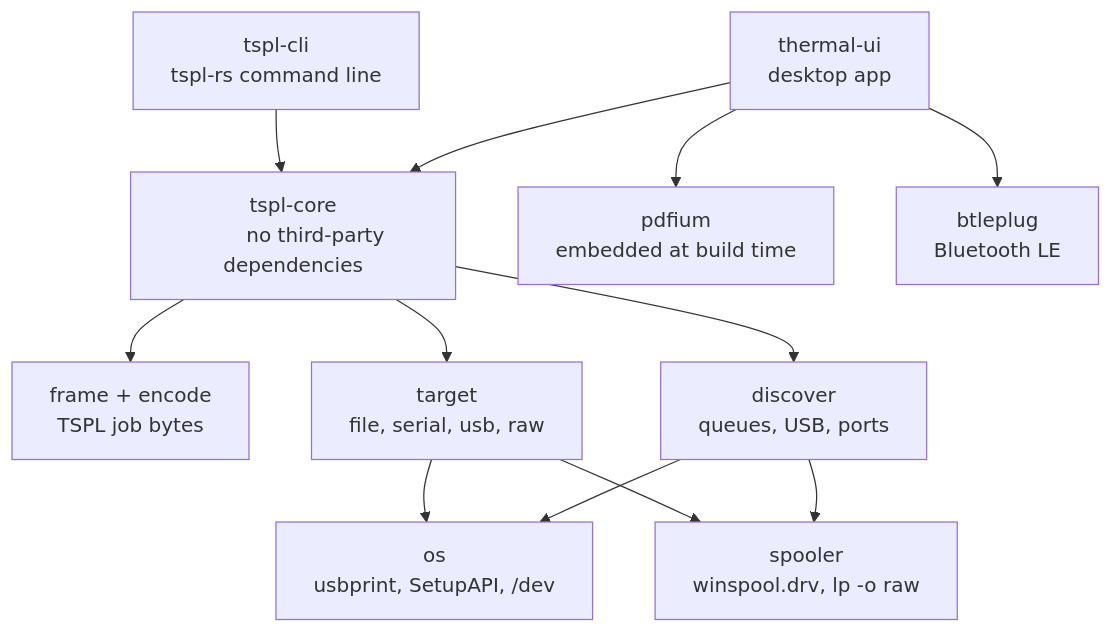
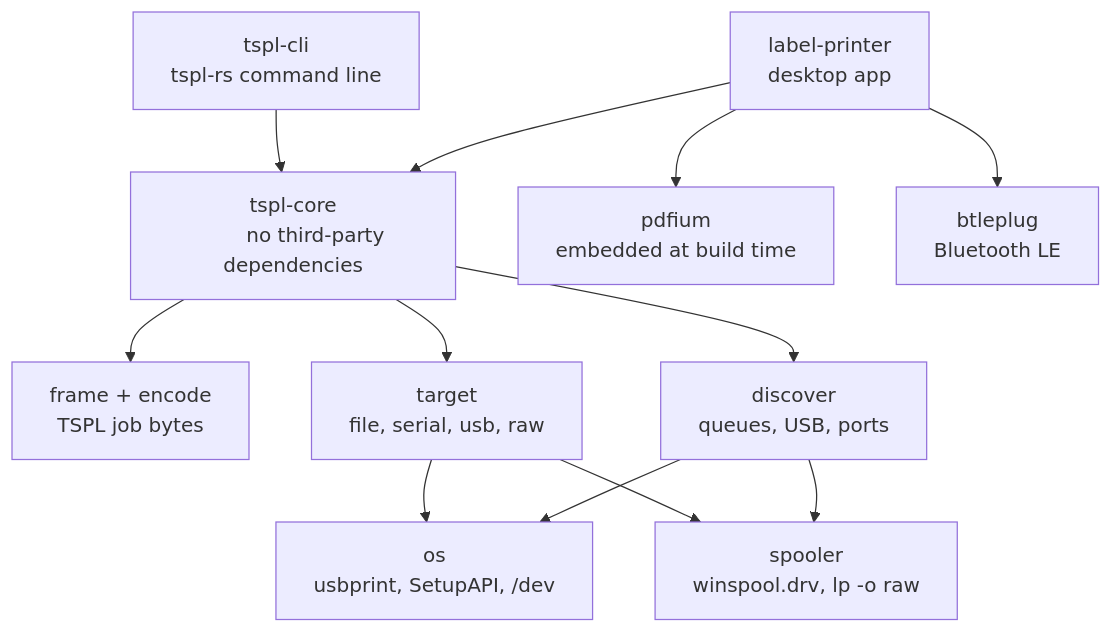
One commit to Jordan-Dev-Stuff/Label-Printer changed the diagram in docs/architecture.md. Above: the diagram before and after it, drawn with Mermaid. The commit also changed other lines of this file and 46 other files, not shown here.

First line of the commit message:
Rename to Label Printer; Linux .deb/AppImage, macOS app, Windows icon

````diff
--- a/docs/architecture.md
+++ b/docs/architecture.md
@@ -5,24 +5,24 @@
 ```mermaid
 graph TD
     CLI[tspl-cli
         tspl-rs command line] --> Core
-    UI[thermal-ui
+    UI[label-printer
         desktop app] --> Core
     UI --> PDF[pdfium
         embedded at build time]
     UI --> BLE[btleplug
         Bluetooth LE]
     Core[tspl-core
         no third-party dependencies] --> Encode[frame + encode
         TSPL job bytes]
     Core --> Target[target
         file, serial, usb, raw]
     Core --> Discover[discover
         queues, USB, ports]
     Target --> OS[os
         usbprint, SetupAPI, /dev]
     Target --> Spooler[spooler
         winspool.drv, lp -o raw]
     Discover --> OS
     Discover --> Spooler
 ```
````
